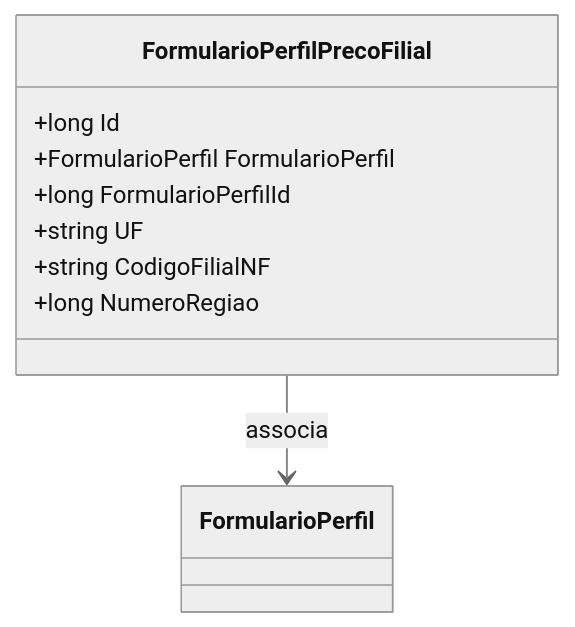
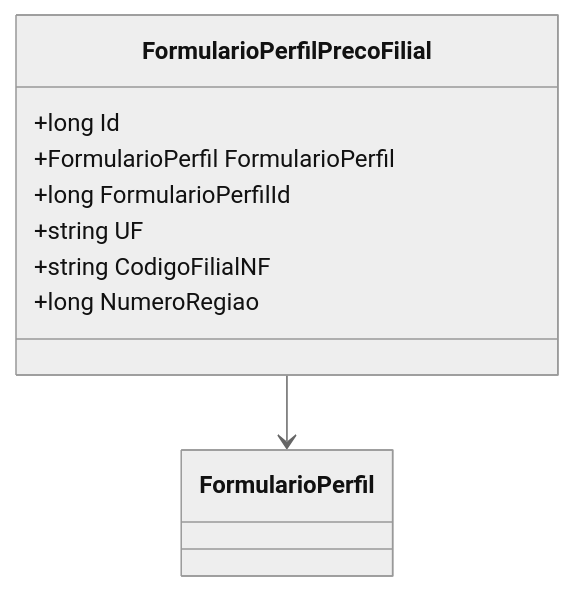
The diagram in docs/b2b-dominio/IsthmusWinthor.Nucleo/IsthmusWinthor.Dominio/Entidades/FormularioPerfilPrecoFilial.md (IsthmusSistemas/documentacao-tecnica), drawn with Mermaid (neutral theme) before and after one commit. The commit also changed other lines of this file and 882 other files, not shown here.

````diff
--- a/docs/b2b-dominio/IsthmusWinthor.Nucleo/IsthmusWinthor.Dominio/Entidades/FormularioPerfilPrecoFilial.md
+++ b/docs/b2b-dominio/IsthmusWinthor.Nucleo/IsthmusWinthor.Dominio/Entidades/FormularioPerfilPrecoFilial.md
@@ -21,16 +21,16 @@
 ```mermaid
 classDiagram
     class FormularioPerfilPrecoFilial {
         +long Id
         +FormularioPerfil FormularioPerfil
         +long FormularioPerfilId
         +string UF
         +string CodigoFilialNF
         +long NumeroRegiao
     }
-    
+
     class FormularioPerfil {
     }
-    
-    FormularioPerfilPrecoFilial --> FormularioPerfil : associa
+
+    FormularioPerfilPrecoFilial --> FormularioPerfil
 ```
````
